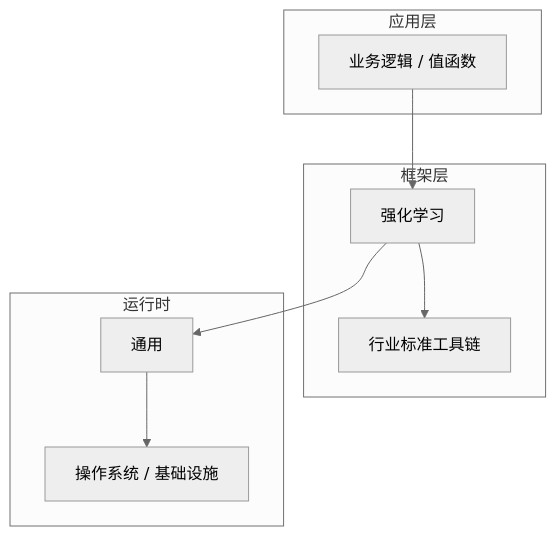
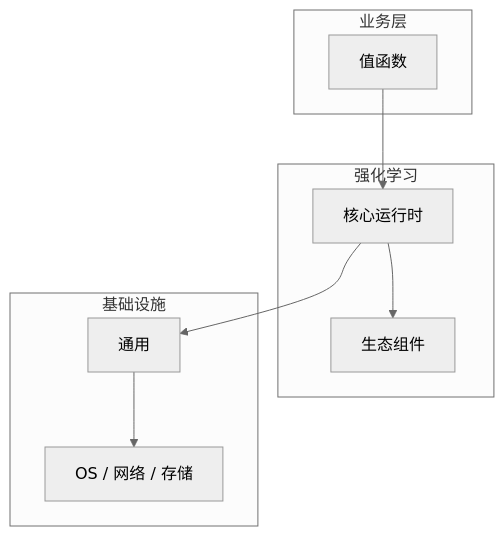
One commit to yanggan2015/knowledge-json-v2 changed the diagram in articles/强化学习/chapters/011-值函数核心概念与原理.md. Above: the diagram before and after it, drawn with Mermaid (neutral theme). The commit also changed other lines of this file and 10127 other files, not shown here.

````diff
--- a/articles/强化学习/chapters/011-值函数核心概念与原理.md
+++ b/articles/强化学习/chapters/011-值函数核心概念与原理.md
@@ -45,18 +30,18 @@
 ```mermaid
 graph TB
-    subgraph 应用层
-        A[业务逻辑 / 值函数]
+    subgraph 业务层
+        A[值函数]
     end
-    subgraph 框架层
-        B[强化学习]
-        C[行业标准工具链]
+    subgraph 强化学习
+        B[核心运行时]
+        C[生态组件]
     end
-    subgraph 运行时
+    subgraph 基础设施
         D[通用]
-        E[操作系统 / 基础设施]
+        E[OS / 网络 / 存储]
     end
     A --> B
     B --> C
     B --> D
     D --> E
 ```
````
